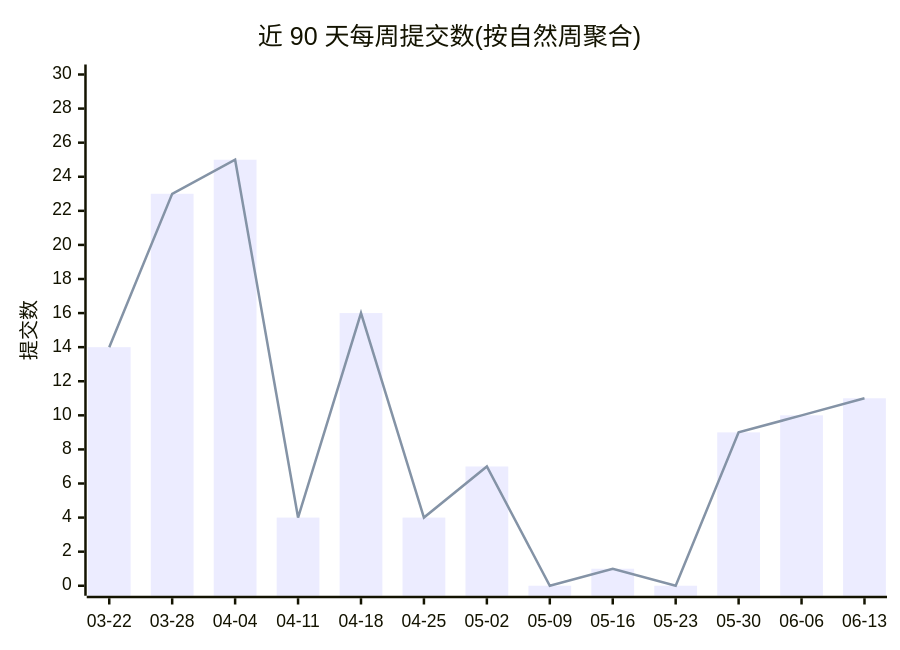
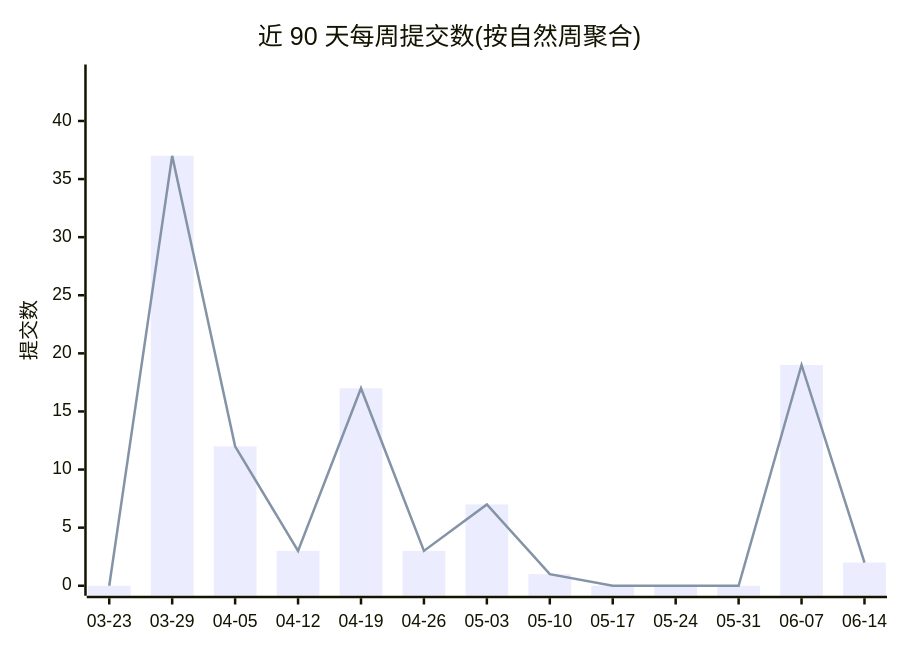
One commit to Conflux-Union/.github changed the first of 2 diagrams in profile/README.md. Above: the diagram before and after it, drawn with Mermaid. The commit also changed other lines of this file and 1 other file, not shown here.

````diff
--- a/profile/README.md
+++ b/profile/README.md
@@ -44,8 +44,8 @@
 ```mermaid
 xychart-beta
     title "近 90 天每周提交数(按自然周聚合)"
-    x-axis ["03-22", "03-28", "04-04", "04-11", "04-18", "04-25", "05-02", "05-09", "05-16", "05-23", "05-30", "06-06", "06-13"]
-    y-axis "提交数" 0 --> 30
-    bar [14, 23, 25, 4, 16, 4, 7, 0, 1, 0, 9, 10, 11]
-    line [14, 23, 25, 4, 16, 4, 7, 0, 1, 0, 9, 10, 11]
+    x-axis ["03-23", "03-29", "04-05", "04-12", "04-19", "04-26", "05-03", "05-10", "05-17", "05-24", "05-31", "06-07", "06-14"]
+    y-axis "提交数" 0 --> 44
+    bar [0, 37, 12, 3, 17, 3, 7, 1, 0, 0, 0, 19, 2]
+    line [0, 37, 12, 3, 17, 3, 7, 1, 0, 0, 0, 19, 2]
 ```
````
